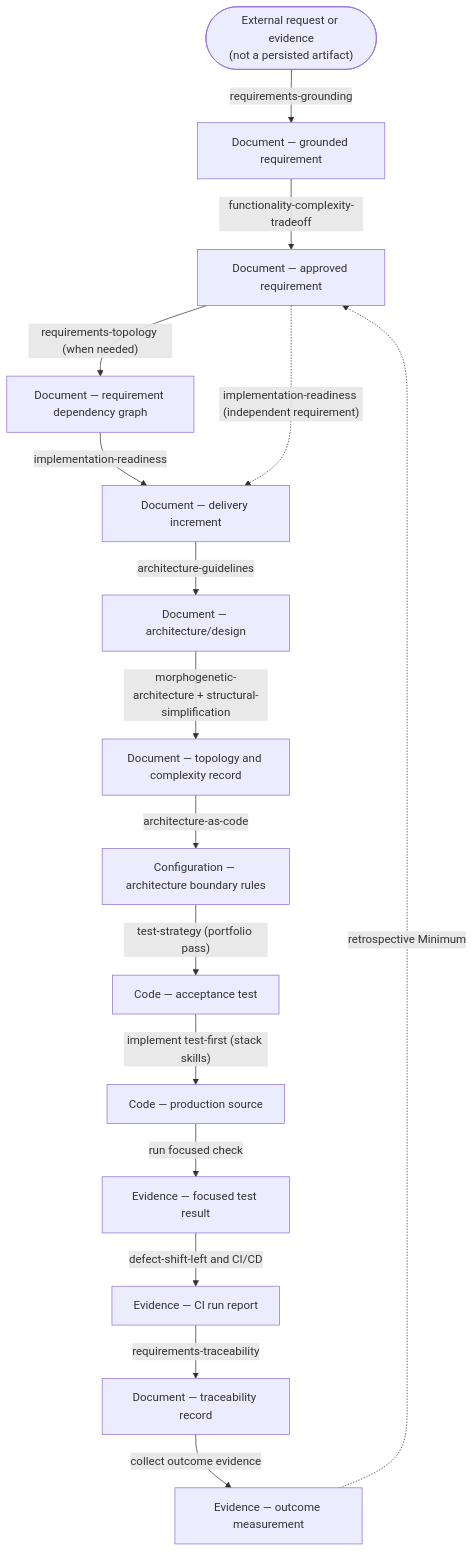
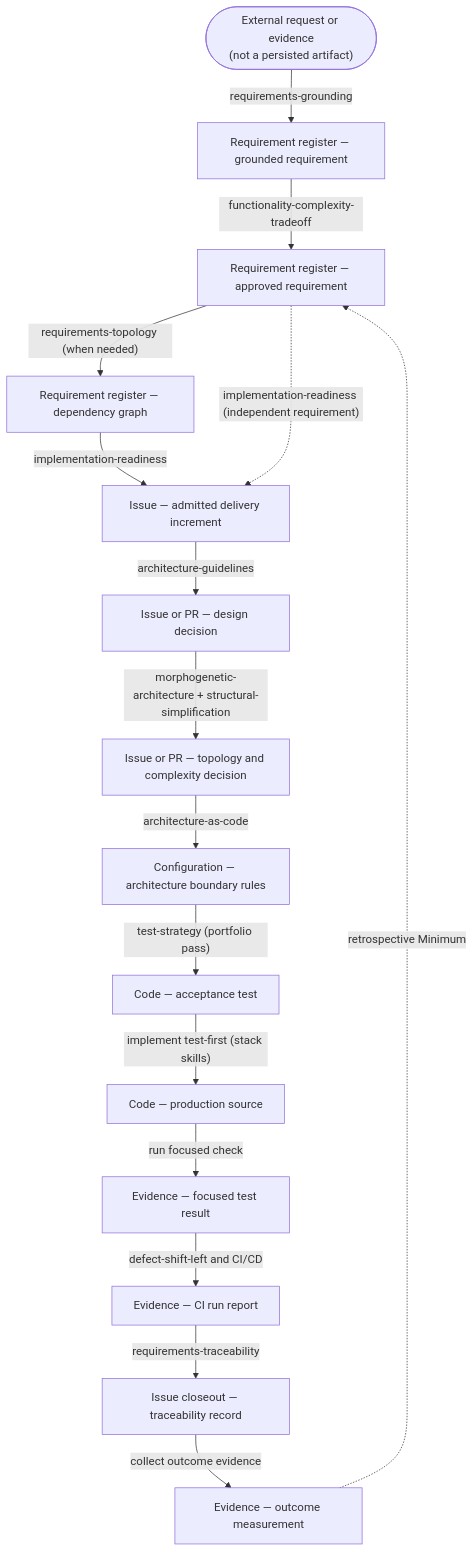
Before and after one commit to l-gevity/l-gevity-skills: the first of 3 diagrams in README.md, drawn with Mermaid. The commit also changed 61 other files, not shown here.

````diff
--- a/README.md
+++ b/README.md
@@ -114,40 +114,40 @@
 ```mermaid
 flowchart TD
     Input(["External request or evidence<br/>(not a persisted artifact)"])
 
-    Req0["Document — grounded requirement"]
-    Req1["Document — approved requirement"]
-    Graph["Document — requirement dependency graph"]
-    Increment["Document — delivery increment"]
+    Req0["Requirement register — grounded requirement"]
+    Req1["Requirement register — approved requirement"]
+    Graph["Requirement register — dependency graph"]
+    Increment["Issue — admitted delivery increment"]
 
-    Design["Document — architecture/design"]
-    Topology["Document — topology and complexity record"]
+    Design["Issue or PR — design decision"]
+    Topology["Issue or PR — topology and complexity decision"]
     Rules["Configuration — architecture boundary rules"]
 
     Test["Code — acceptance test"]
     Source["Code — production source"]
     TestRun["Evidence — focused test result"]
     CIRun["Evidence — CI run report"]
-    Trace["Document — traceability record"]
+    Trace["Issue closeout — traceability record"]
     Outcome["Evidence — outcome measurement"]
 
     Input -->|"requirements-grounding"| Req0
     Req0 -->|"functionality-complexity-tradeoff"| Req1
     Req1 -->|"requirements-topology (when needed)"| Graph
     Graph -->|"implementation-readiness"| Increment
     Req1 -.->|"implementation-readiness (independent requirement)"| Increment
 
     Increment -->|"architecture-guidelines"| Design
     Design -->|"morphogenetic-architecture + structural-simplification"| Topology
     Topology -->|"architecture-as-code"| Rules
 
     Rules -->|"test-strategy (portfolio pass)"| Test
     Test -->|"implement test-first (stack skills)"| Source
     Source -->|"run focused check"| TestRun
 
     TestRun -->|"defect-shift-left and CI/CD"| CIRun
     CIRun -->|"requirements-traceability"| Trace
     Trace -->|"collect outcome evidence"| Outcome
 
     Outcome -.->|"retrospective Minimum"| Req1
 ```
````
